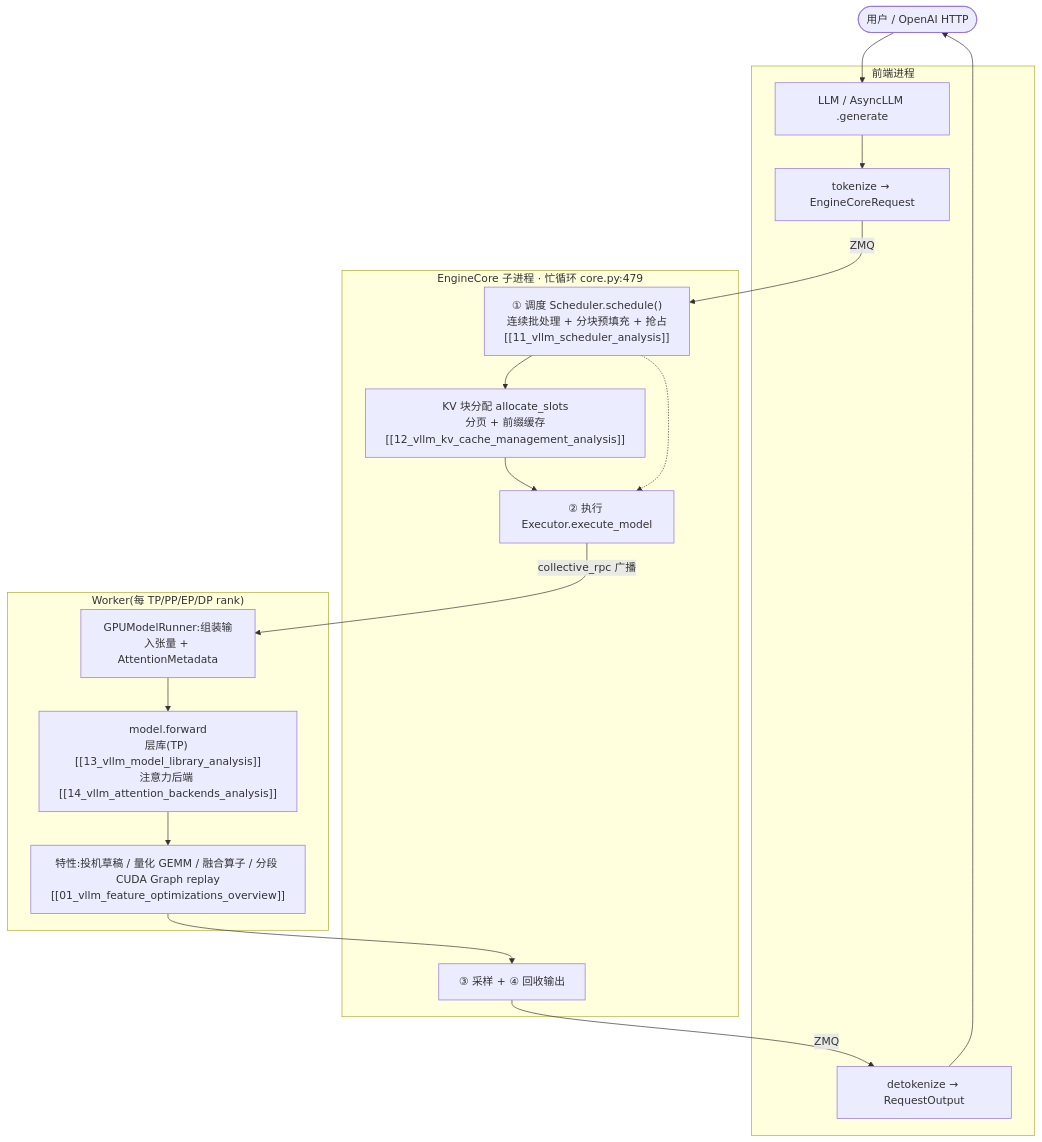
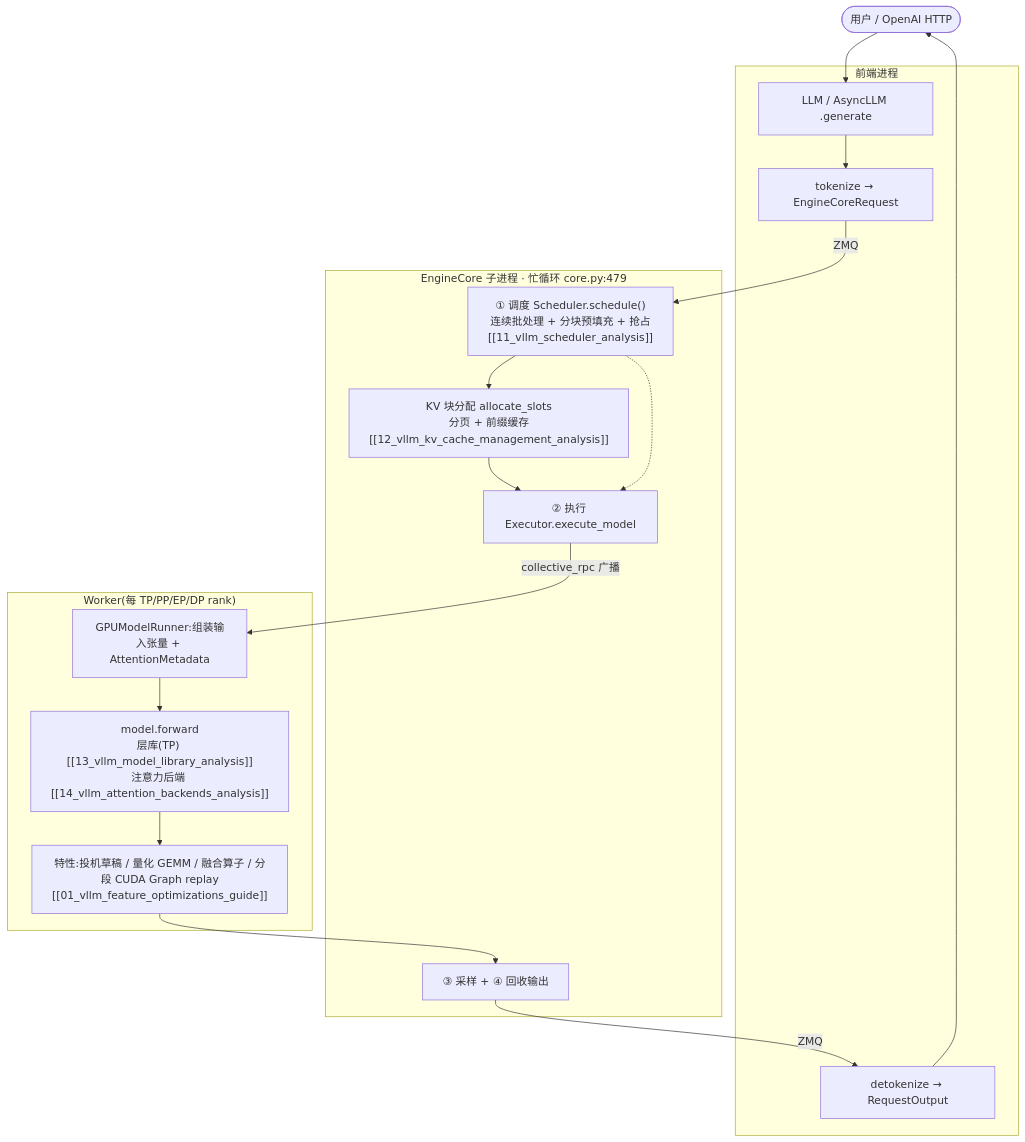
One commit to suhaibo666/llm-knowledge changed the diagram in wiki/02_engineering/03_infer_frameworks/vllm/index.md. Above: the diagram before and after it, drawn with Mermaid. The commit also changed other lines of this file and 27 other files, not shown here.

````diff
--- a/wiki/02_engineering/03_infer_frameworks/vllm/index.md
+++ b/wiki/02_engineering/03_infer_frameworks/vllm/index.md
@@ -59,24 +59,24 @@
 ```mermaid
 flowchart TB
   user(["用户 / OpenAI HTTP"])
   subgraph FE["前端进程"]
     api["LLM / AsyncLLM .generate"]
     tok["tokenize → EngineCoreRequest"]
     detok["detokenize → RequestOutput"]
   end
   subgraph BE["EngineCore 子进程 · 忙循环 core.py:479"]
     sched["① 调度 Scheduler.schedule()<br/>连续批处理 + 分块预填充 + 抢占<br/>[[11_vllm_scheduler_analysis]]"]
     kv["KV 块分配 allocate_slots<br/>分页 + 前缀缓存<br/>[[12_vllm_kv_cache_management_analysis]]"]
     exec["② 执行 Executor.execute_model"]
     samp["③ 采样 + ④ 回收输出"]
   end
   subgraph WK["Worker(每 TP/PP/EP/DP rank)"]
     runner["GPUModelRunner:组装输入张量 + AttentionMetadata"]
     model["model.forward<br/>层库(TP) [[13_vllm_model_library_analysis]]<br/>注意力后端 [[14_vllm_attention_backends_analysis]]"]
-    feats["特性:投机草稿 / 量化 GEMM / 融合算子 / 分段 CUDA Graph replay<br/>[[01_vllm_feature_optimizations_overview]]"]
+    feats["特性:投机草稿 / 量化 GEMM / 融合算子 / 分段 CUDA Graph replay<br/>[[01_vllm_feature_optimizations_guide]]"]
   end
   user --> api --> tok -->|ZMQ| sched
   sched --> kv --> exec -->|collective_rpc 广播| runner --> model --> feats
   feats --> samp -->|ZMQ| detok --> user
   sched -.-> exec
 ```
````
